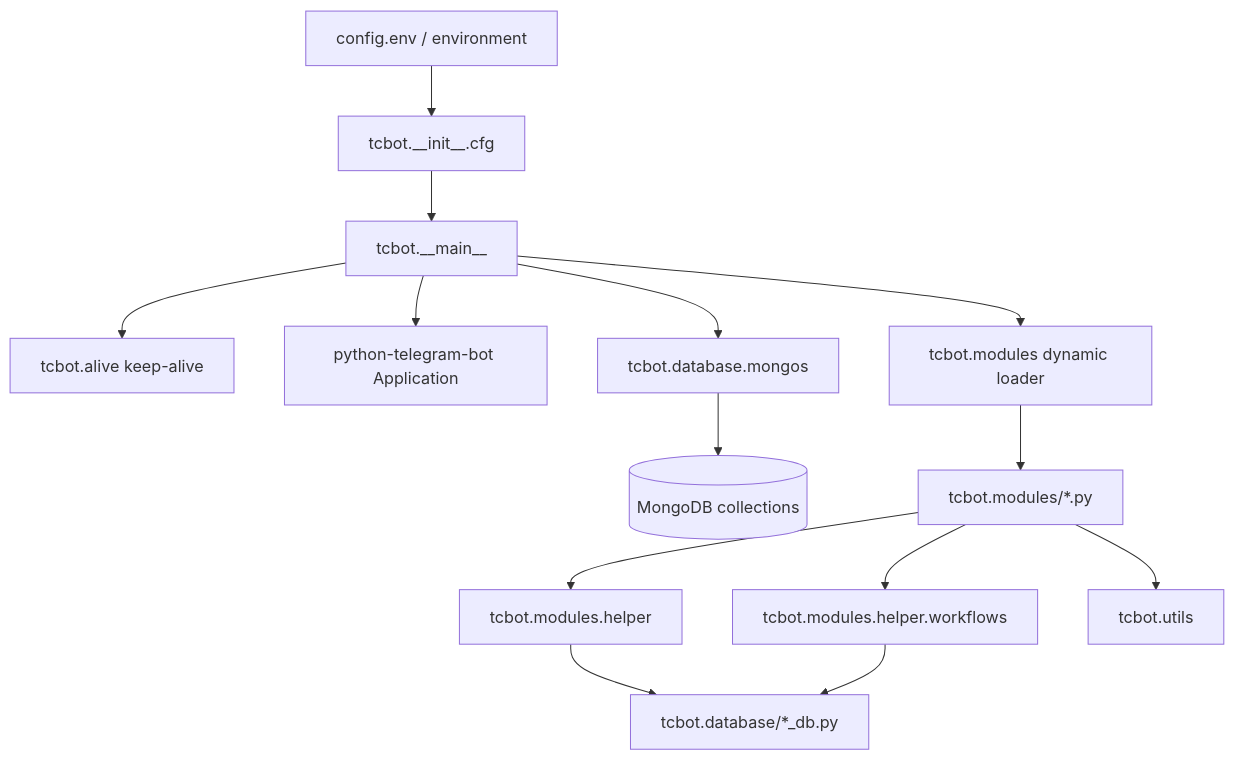
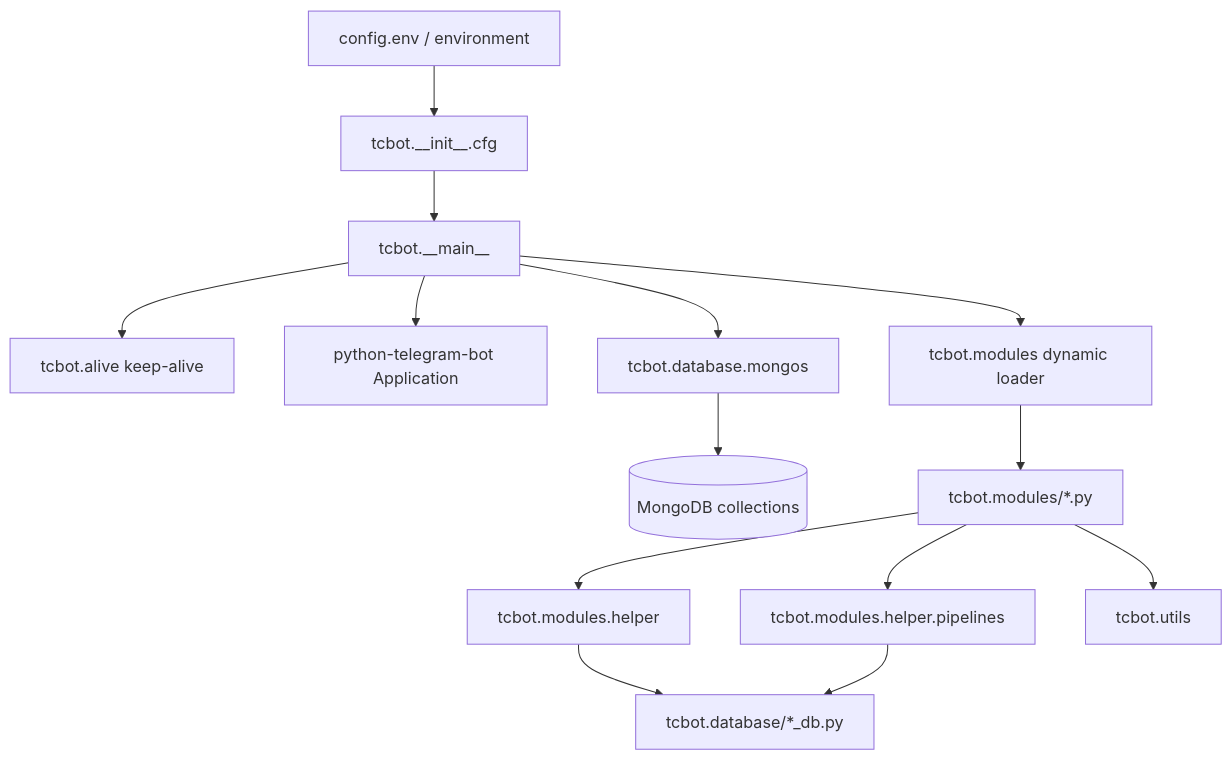
Before and after one commit to D1ZZY4/tcbot: the diagram in docs/README.md, drawn with Mermaid. The commit also changed other lines of this file and 196 other files, not shown here.

First line of the commit message:
refactor: consolidate core modules and migrate workflows to pipelines

````diff
--- a/docs/README.md
+++ b/docs/README.md
@@ -80,16 +89,16 @@
 ```mermaid
 flowchart TD
     Env[config.env / environment] --> Config[tcbot.__init__.cfg]
     Config --> Main[tcbot.__main__]
     Main --> Flask[tcbot.alive keep-alive]
     Main --> PTB[python-telegram-bot Application]
     Main --> Mongo[tcbot.database.mongos]
     Mongo --> Collections[(MongoDB collections)]
     Main --> Modules[tcbot.modules dynamic loader]
     Modules --> CommandModules[tcbot.modules/*.py]
     CommandModules --> Helpers[tcbot.modules.helper]
-    CommandModules --> Workflows[tcbot.modules.helper.workflows]
+    CommandModules --> Workflows[tcbot.modules.helper.pipelines]
     Helpers --> DBHelpers[tcbot.database/*_db.py]
     Workflows --> DBHelpers
     CommandModules --> Utils[tcbot.utils]
 ```
````
